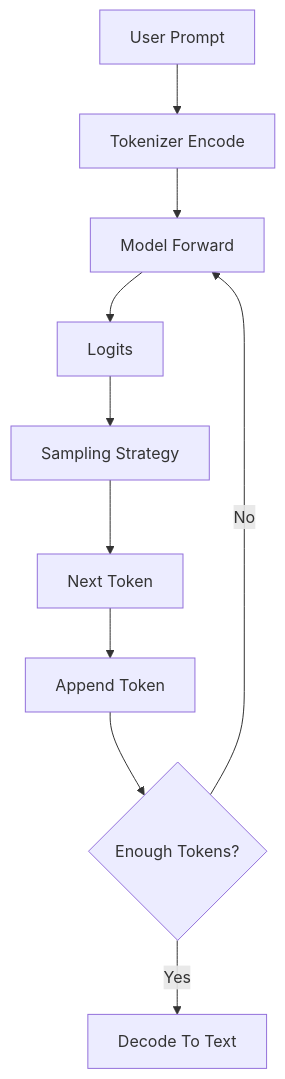
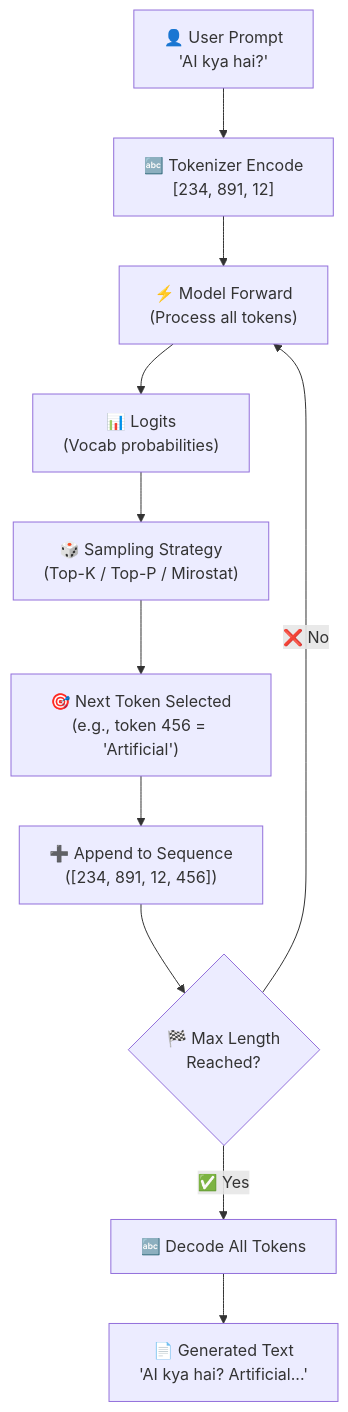
Before and after one commit to Sameer-Malik20/SusaGPT-Build-LLM-From-Scratch-With-Hinglish-Learning-Material: diagram 15 of 24 in docs/susagpt/SusaGPT_Diagram_Guide.md, drawn with Mermaid. The commit also changed other lines of this file and 10 other files, not shown here.

````diff
--- a/docs/susagpt/SusaGPT_Diagram_Guide.md
+++ b/docs/susagpt/SusaGPT_Diagram_Guide.md
@@ -365,12 +778,13 @@
 ```mermaid
 flowchart TD
-    A[User Prompt] --> B[Tokenizer Encode]
-    B --> C[Model Forward]
-    C --> D[Logits]
-    D --> E[Sampling Strategy]
-    E --> F[Next Token]
-    F --> G[Append Token]
-    G --> H{Enough Tokens?}
-    H -- No --> C
-    H -- Yes --> I[Decode To Text]
+    A["👤 User Prompt\n'AI kya hai?'"] --> B["🔤 Tokenizer Encode\n[234, 891, 12]"]
+    B --> C["⚡ Model Forward\n(Process all tokens)"]
+    C --> D["📊 Logits\n(Vocab probabilities)"]
+    D --> E["🎲 Sampling Strategy\n(Top-K / Top-P / Mirostat)"]
+    E --> F["🎯 Next Token Selected\n(e.g., token 456 = 'Artificial')"]
+    F --> G["➕ Append to Sequence\n([234, 891, 12, 456])"]
+    G --> H{"🏁 Max Length\nReached?"}
+    H -- "❌ No" --> C
+    H -- "✅ Yes" --> I["🔤 Decode All Tokens"]
+    I --> J["📄 Generated Text\n'AI kya hai? Artificial...'"]
 ```
````
